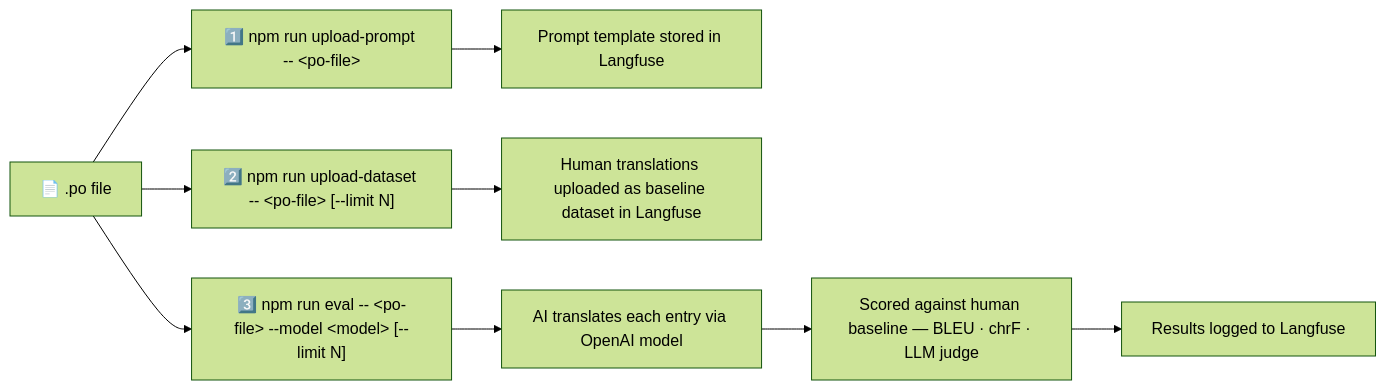
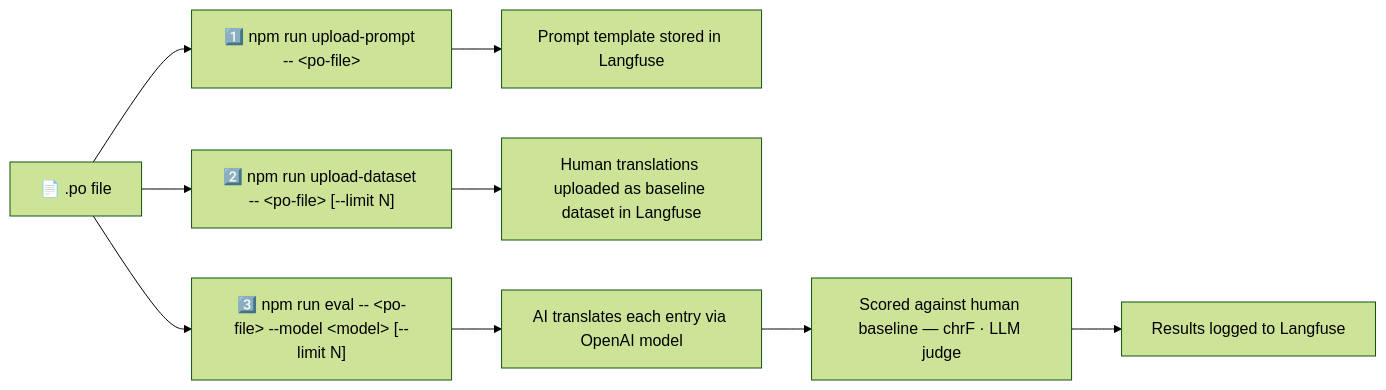
One commit to zaguiini/automated-translation-evals changed the diagram in workflow.mmd. Above: the diagram before and after it, drawn with Mermaid (forest theme). The commit also changed 5 other files, not shown here.

```diff
--- a/workflow.mmd
+++ b/workflow.mmd
@@ -1,13 +1,13 @@
 flowchart LR
     PO["📄 .po file"]
 
     PO --> UP["1️⃣ npm run upload-prompt -- &lt;po-file&gt;"]
     UP --> UP1["Prompt template stored in Langfuse"]
 
     PO --> UD["2️⃣ npm run upload-dataset -- &lt;po-file&gt; [--limit N]"]
     UD --> UD1["Human translations uploaded as baseline dataset in Langfuse"]
 
     PO --> EV["3️⃣ npm run eval -- &lt;po-file&gt; --model &lt;model&gt; [--limit N]"]
     EV --> EV1["AI translates each entry via OpenAI model"]
-    EV1 --> EV2["Scored against human baseline — BLEU · chrF · LLM judge"]
+    EV1 --> EV2["Scored against human baseline — chrF · LLM judge"]
     EV2 --> EV3["Results logged to Langfuse"]
```
